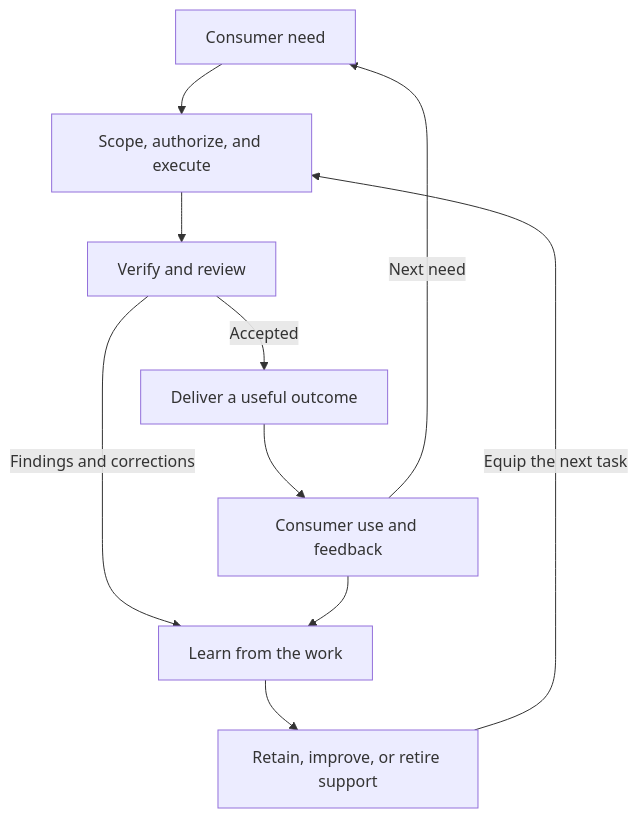
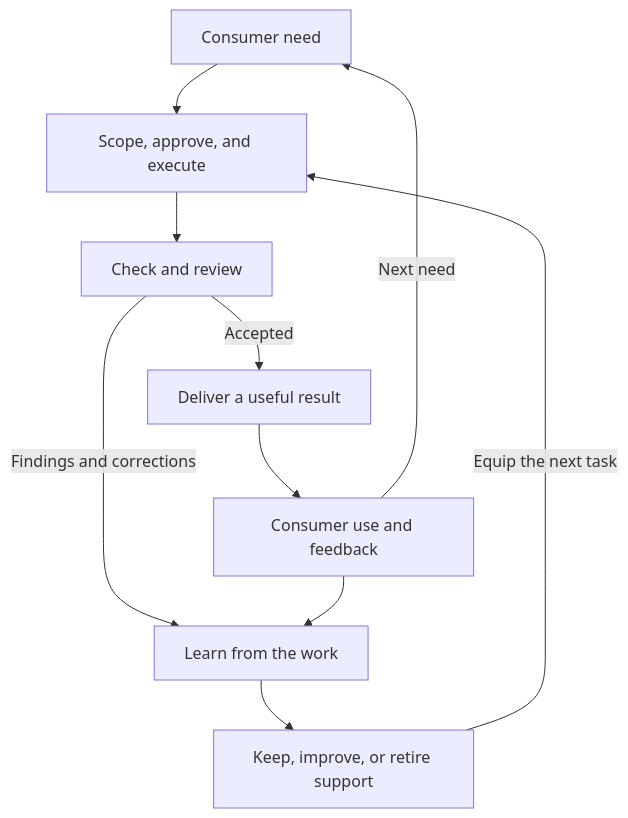
Before and after one commit to vintagedon/ethops: the second of 4 diagrams in README.md, drawn with Mermaid. The commit also changed other lines of this file and 1 other file, not shown here.

````diff
--- a/README.md
+++ b/README.md
@@ -98,14 +101,14 @@
 ```mermaid
 flowchart TB
     accTitle: Consumer value and learning cycle
     accDescr: Authorized work is verified and reviewed before accepted delivery. Findings and consumer feedback improve the support used for later work.
-    need["Consumer need"] --> work["Scope, authorize, and execute"]
-    work --> review["Verify and review"]
-    review -->|Accepted| delivery["Deliver a useful outcome"]
+    need["Consumer need"] --> work["Scope, approve, and execute"]
+    work --> review["Check and review"]
+    review -->|Accepted| delivery["Deliver a useful result"]
     delivery --> feedback["Consumer use and feedback"]
     feedback -->|Next need| need
     review -->|Findings and corrections| learning["Learn from the work"]
     feedback --> learning
-    learning --> support["Retain, improve, or retire support"]
+    learning --> support["Keep, improve, or retire support"]
     support -->|Equip the next task| work
 ```
````
